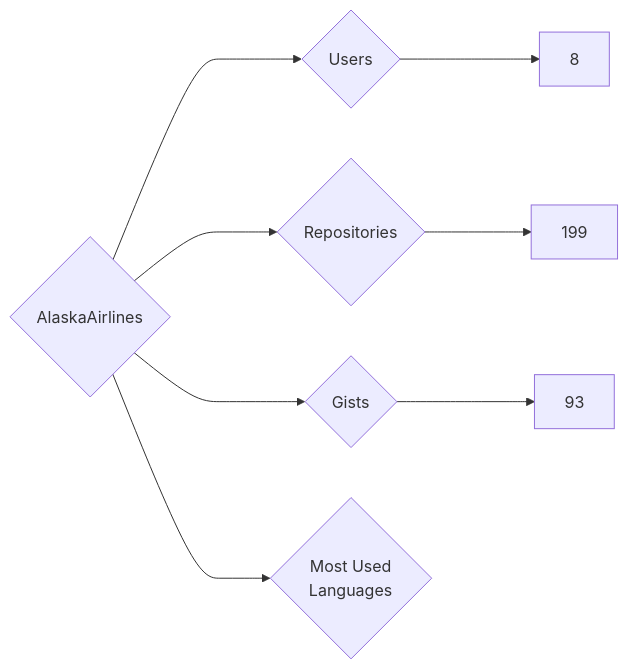
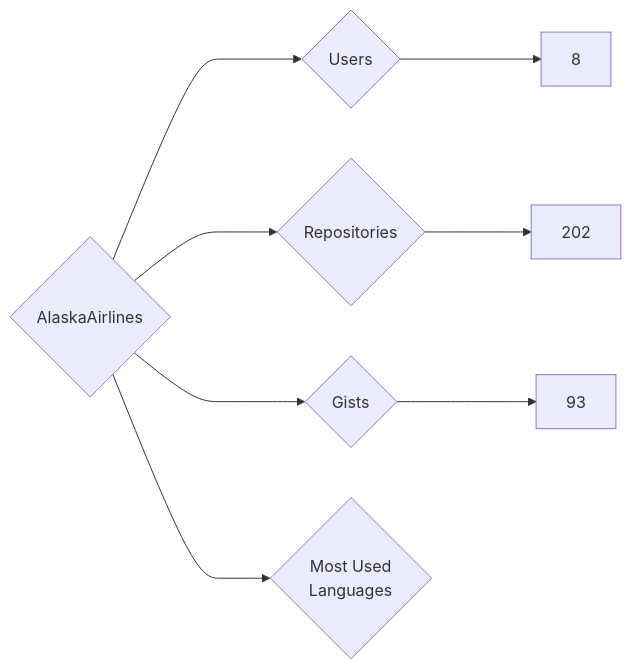
Before and after one commit to nenadzaric/insiders: the diagram in targets/AlaskaAirlines/README.md, drawn with Mermaid. The commit also changed 31 other files, not shown here.

````diff
--- a/targets/AlaskaAirlines/README.md
+++ b/targets/AlaskaAirlines/README.md
@@ -3,8 +3,8 @@
 ```mermaid
 graph LR
 COMPANY_NAME{AlaskaAirlines}
 COMPANY_NAME ---> U{Users} ---> UN[8]
-COMPANY_NAME ---> R{Repositories} ---> RN[199]
+COMPANY_NAME ---> R{Repositories} ---> RN[202]
 COMPANY_NAME ---> G{Gists} ---> GN[93]
 COMPANY_NAME ---> ML{Most Used<br>Languages}
 ```
````
